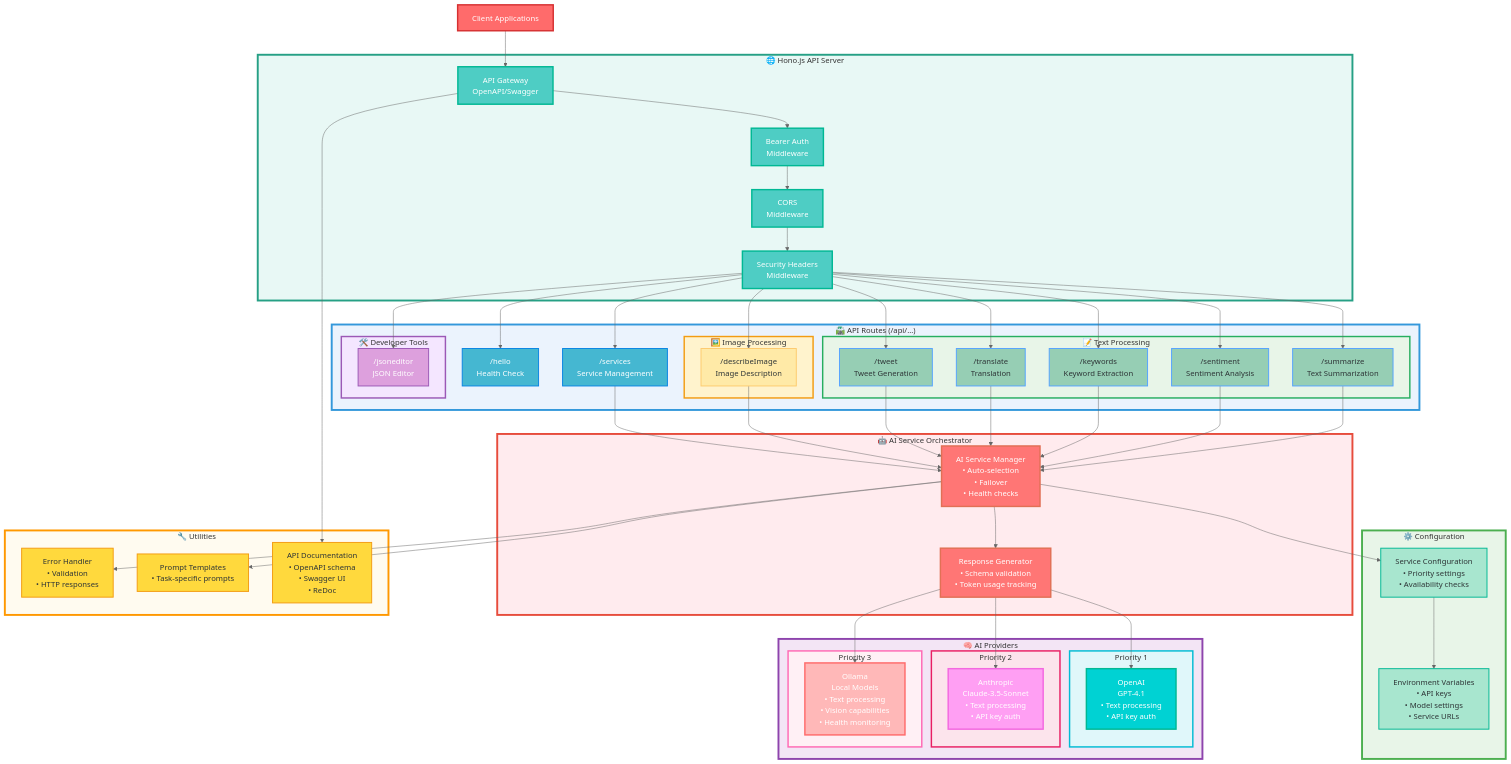
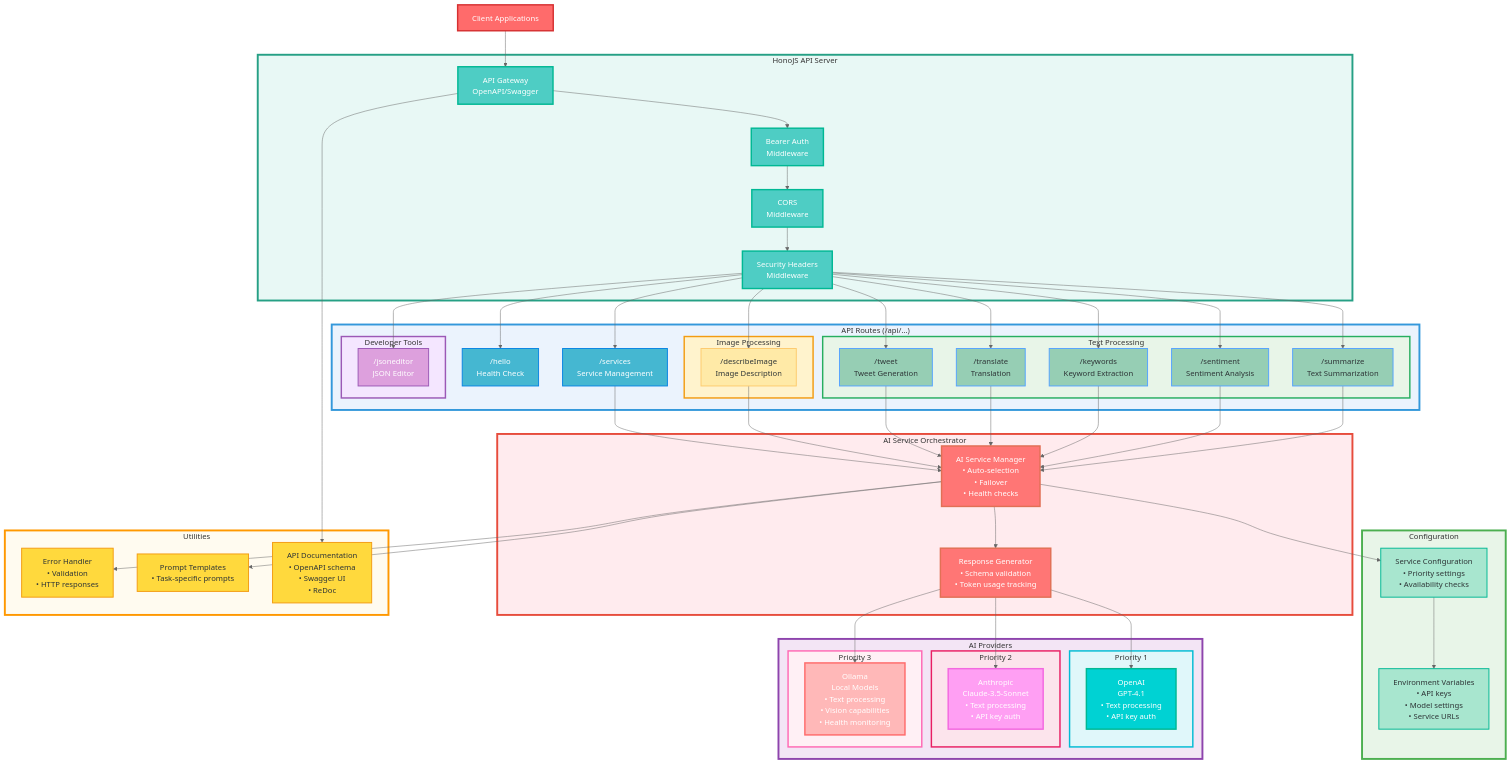
The diagram in docs/architecture-diagram.md (rengas/ai-backends), drawn with Mermaid (neutral theme) before and after one commit. The commit also changed other lines of this file, not shown here.

Commit message:
remove emojis

```diff
--- a/docs/architecture-diagram.md
+++ b/docs/architecture-diagram.md
@@ -12,7 +12,7 @@
     Client[Client Applications]
     
     %% API Gateway Layer
-    subgraph apiLayer ["🌐 Hono.js API Server"]
+    subgraph apiLayer ["HonoJS API Server"]
         Gateway[API Gateway<br/>OpenAPI/Swagger]
         Auth[Bearer Auth<br/>Middleware]
         CORS[CORS<br/>Middleware]
@@ -20,11 +20,11 @@
     end
     
     %% Route Layer
-    subgraph routeLayer ["🛣️ API Routes (/api/...)"]
+    subgraph routeLayer [" API Routes (/api/...)"]
         Health["/hello<br/>Health Check"]
         Services["/services<br/>Service Management"]
         
-        subgraph textProcessing ["📝 Text Processing"]
+        subgraph textProcessing ["Text Processing"]
             Summarize["/summarize<br/>Text Summarization"]
             Sentiment["/sentiment<br/>Sentiment Analysis"]
             Keywords["/keywords<br/>Keyword Extraction"]
@@ -32,23 +32,23 @@
             Tweet["/tweet<br/>Tweet Generation"]
         end
         
-        subgraph imageProcessing ["🖼️ Image Processing"]
+        subgraph imageProcessing ["Image Processing"]
             DescribeImg["/describeImage<br/>Image Description"]
         end
         
-        subgraph devTools ["🛠️ Developer Tools"]
+        subgraph devTools ["Developer Tools"]
             JsonEditor["/jsoneditor<br/>JSON Editor"]
         end
     end
     
     %% Service Orchestration Layer
-    subgraph orchestratorLayer ["🤖 AI Service Orchestrator"]
+    subgraph orchestratorLayer ["AI Service Orchestrator"]
         ServiceManager[AI Service Manager<br/>• Auto-selection<br/>• Failover<br/>• Health checks]
         ResponseGen[Response Generator<br/>• Schema validation<br/>• Token usage tracking]
     end
     
     %% AI Provider Layer
-    subgraph aiLayer ["🧠 AI Providers"]
+    subgraph aiLayer ["AI Providers"]
         subgraph priority1 ["Priority 1"]
             OpenAI[OpenAI<br/>GPT-4.1<br/>• Text processing<br/>• API key auth]
         end
@@ -63,13 +63,13 @@
     end
     
     %% Configuration Layer
-    subgraph configLayer ["⚙️ Configuration"]
+    subgraph configLayer ["Configuration"]
         EnvConfig[Environment Variables<br/>• API keys<br/>• Model settings<br/>• Service URLs]
         ServiceConfig[Service Configuration<br/>• Priority settings<br/>• Availability checks]
     end
     
     %% Utilities Layer
-    subgraph utilLayer ["🔧 Utilities"]
+    subgraph utilLayer ["Utilities"]
         ErrorHandler[Error Handler<br/>• Validation<br/>• HTTP responses]
         Prompts[Prompt Templates<br/>• Task-specific prompts]
         ApiDocs[API Documentation<br/>• OpenAPI schema<br/>• Swagger UI<br/>• ReDoc]
```
